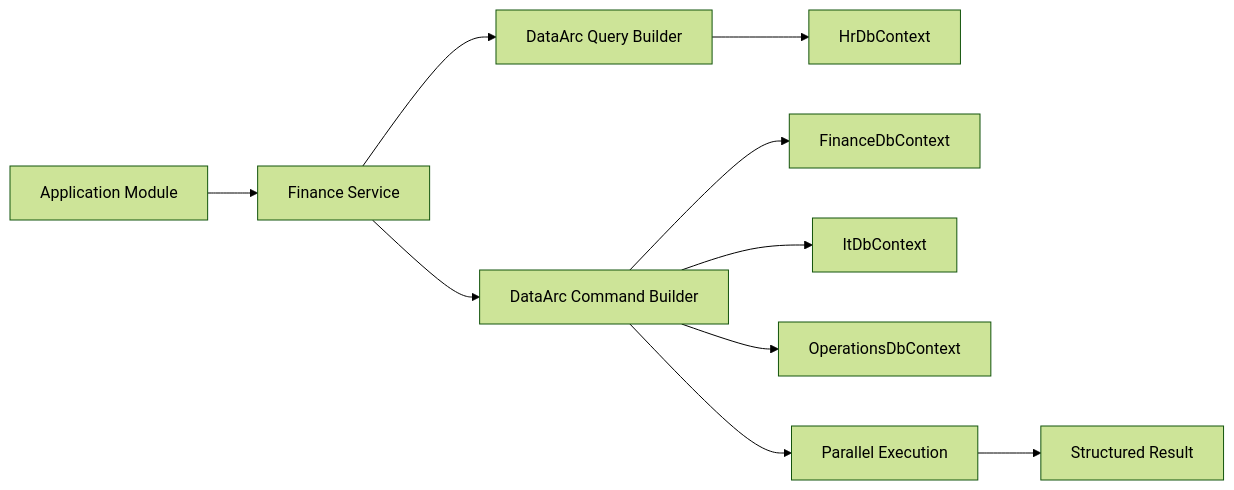
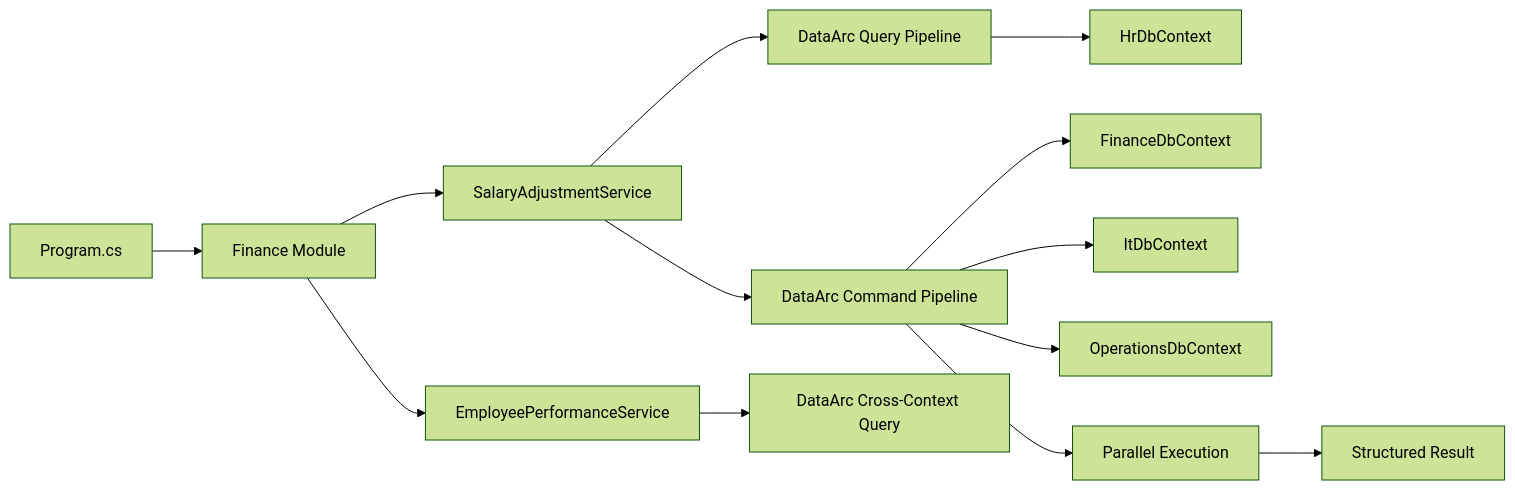
One commit to SolidArcSoftware/DataArc.EntityFrameworkCore changed the first of 7 diagrams in README.md. Above: the diagram before and after it, drawn with Mermaid (forest theme). The commit also changed other lines of this file and 11 other files, not shown here.

````diff
--- a/README.md
+++ b/README.md
@@ -49,14 +54,18 @@
 ```mermaid
 flowchart LR
-    A[Application Module] --> B[Finance Service]
-    B --> C[DataArc Query Builder]
-    B --> D[DataArc Command Builder]
+    A[Program.cs] --> B[Finance Module]
+    B --> C[SalaryAdjustmentService]
+    B --> D[EmployeePerformanceService]
 
-    C --> HR[HrDbContext]
-    D --> FIN[FinanceDbContext]
-    D --> IT[ItDbContext]
-    D --> OPS[OperationsDbContext]
+    C --> Q[DataArc Query Pipeline]
+    C --> W[DataArc Command Pipeline]
+    D --> R[DataArc Cross-Context Query]
 
-    D --> E[Parallel Execution]
-    E --> R[Structured Result]
+    Q --> HR[HrDbContext]
+    W --> FIN[FinanceDbContext]
+    W --> IT[ItDbContext]
+    W --> OPS[OperationsDbContext]
+
+    W --> X[Parallel Execution]
+    X --> Y[Structured Result]
 ```
````
